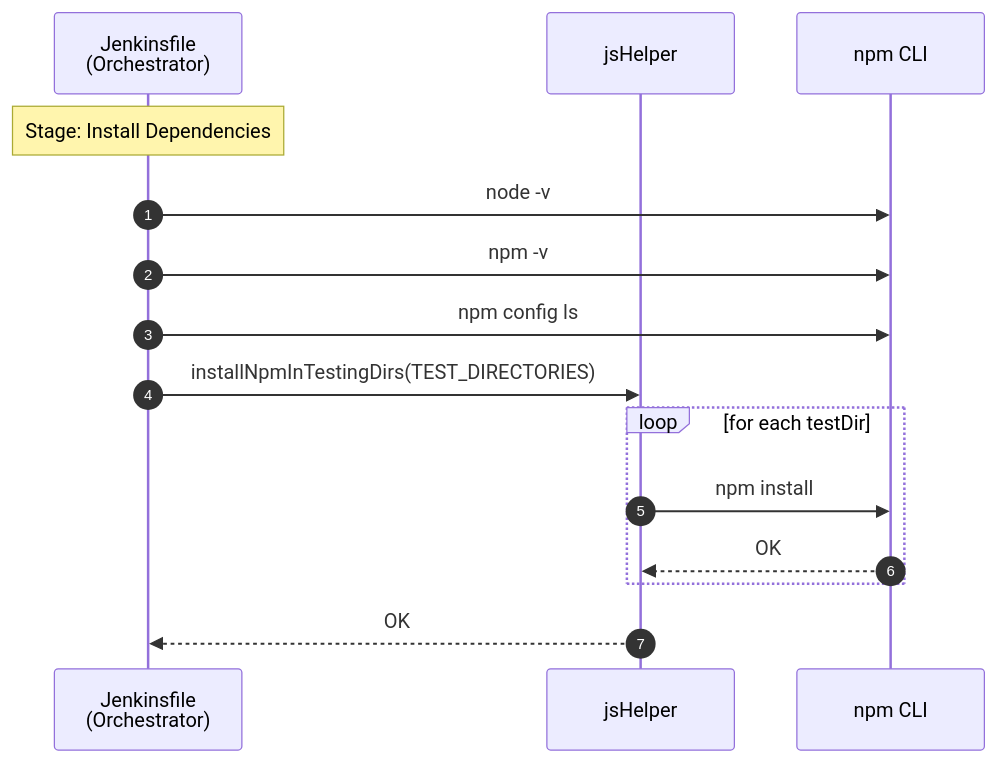
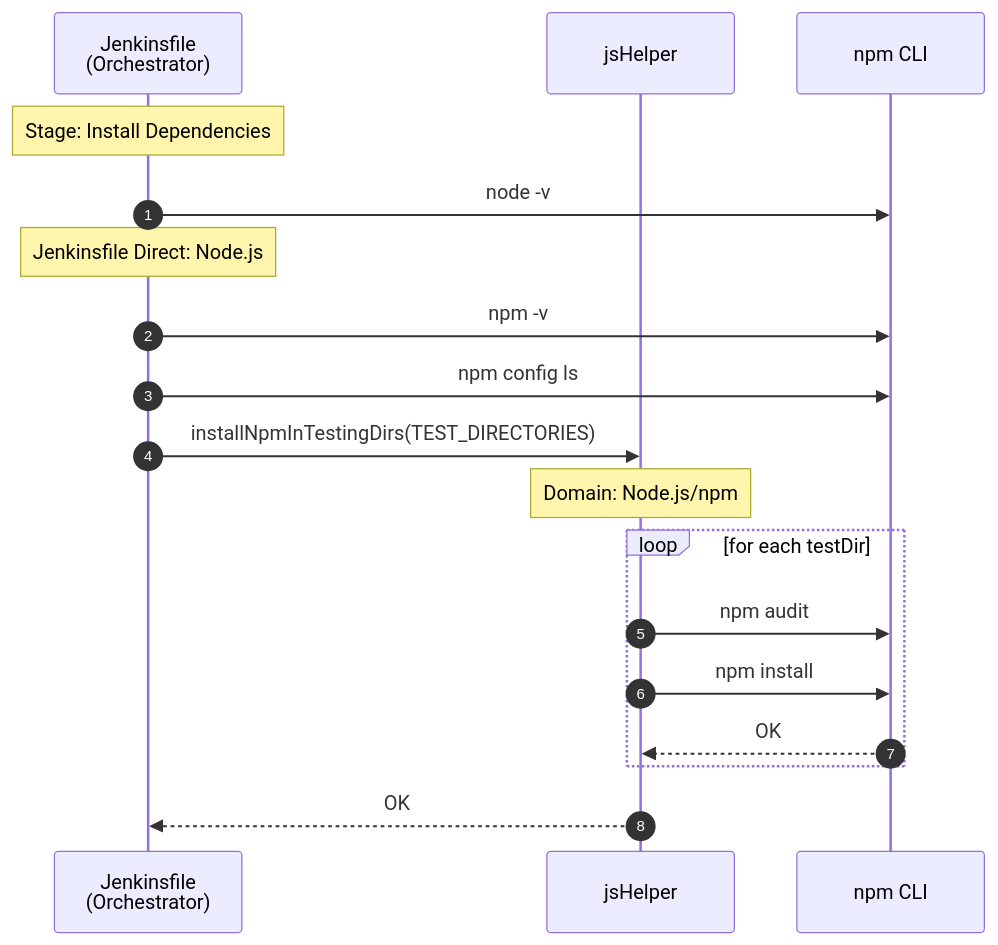
The fourth of 11 diagrams in Voyages/Projects/VARLab-work-transfer/portfolios/devops-jenkins-linux/4-layer-architecture-and-logger-system-integration/problem-analysis/pipeline-sequence-diagrams/js-cd.md (JindoKimKor/Self-Binnacle), drawn with Mermaid before and after one commit. The commit also changed other lines of this file and 55 other files, not shown here.

First line of the commit message:
refactor(4-layer-architecture): Standardize analysis document naming and format

````diff
--- a/Voyages/Projects/VARLab-work-transfer/portfolios/devops-jenkins-linux/4-layer-architecture-and-logger-system-integration/problem-analysis/pipeline-sequence-diagrams/js-cd.md
+++ b/Voyages/Projects/VARLab-work-transfer/portfolios/devops-jenkins-linux/4-layer-architecture-and-logger-system-integration/problem-analysis/pipeline-sequence-diagrams/js-cd.md
@@ -162,21 +169,24 @@
 ```mermaid
 sequenceDiagram
     autonumber
 
     participant JF as Jenkinsfile<br/>(Orchestrator)
     participant JSH as jsHelper
     participant NPM as npm CLI
 
     Note over JF: Stage: Install Dependencies
 
     JF->>NPM: node -v
+    Note over JF: Jenkinsfile Direct: Node.js
     JF->>NPM: npm -v
     JF->>NPM: npm config ls
 
     JF->>JSH: installNpmInTestingDirs(TEST_DIRECTORIES)
+    Note over JSH: Domain: Node.js/npm
     loop for each testDir
+        JSH->>NPM: npm audit
         JSH->>NPM: npm install
         NPM-->>JSH: OK
     end
     JSH-->>JF: OK
 ```
````
